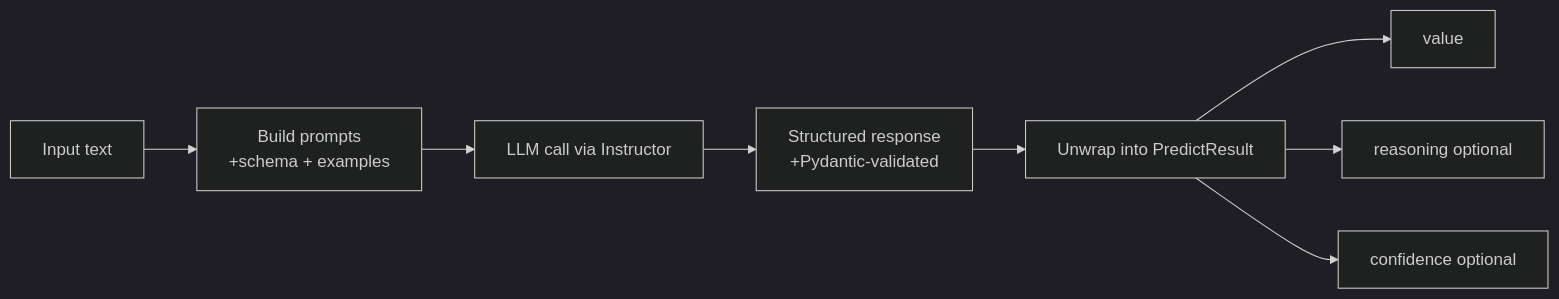
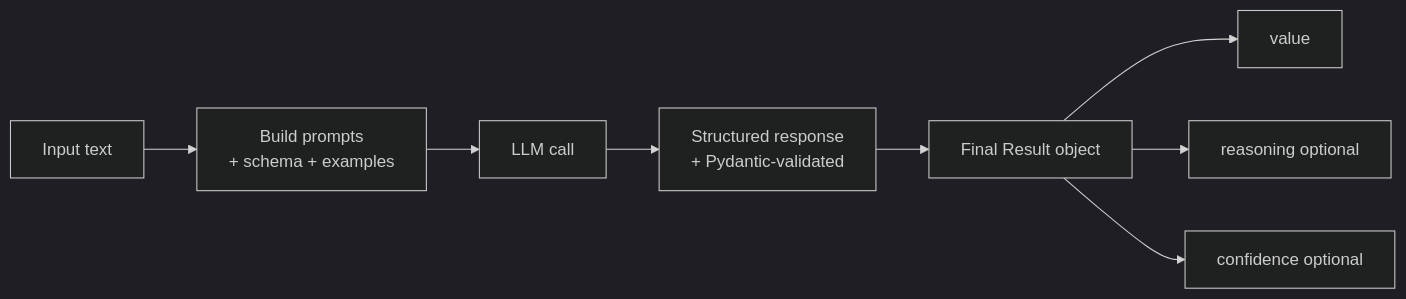
Before and after one commit to Fir121/llm-classifier: the first of 2 diagrams in README.md, drawn with Mermaid (dark theme). The commit also changed other lines of this file and 2 other files, not shown here.

````diff
--- a/README.md
+++ b/README.md
@@ -51,10 +53,10 @@
 ```mermaid
 flowchart LR
-    A[Input text] --> B[Build prompts\n+schema + examples]
-    B --> C[LLM call via Instructor]
-    C --> D[Structured response\n+Pydantic-validated]
-    D --> E[Unwrap into PredictResult]
+    A[Input text] --> B[Build prompts<br/>+ schema + examples]
+    B --> C[LLM call]
+    C --> D[Structured response<br/>+ Pydantic-validated]
+    D --> E[Final Result object]
     E --> F[value]
     E --> G[reasoning optional]
     E --> H[confidence optional]
 ```
````
